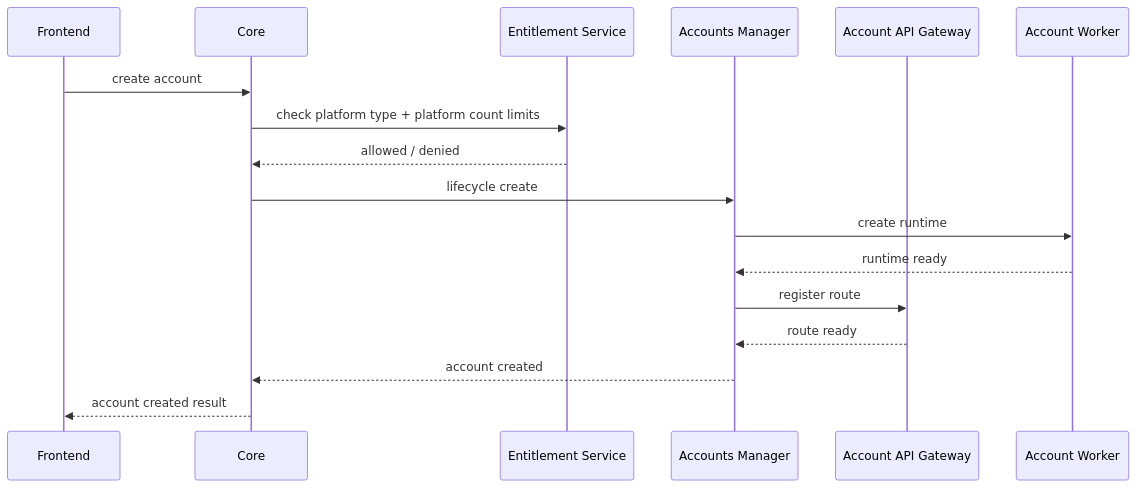
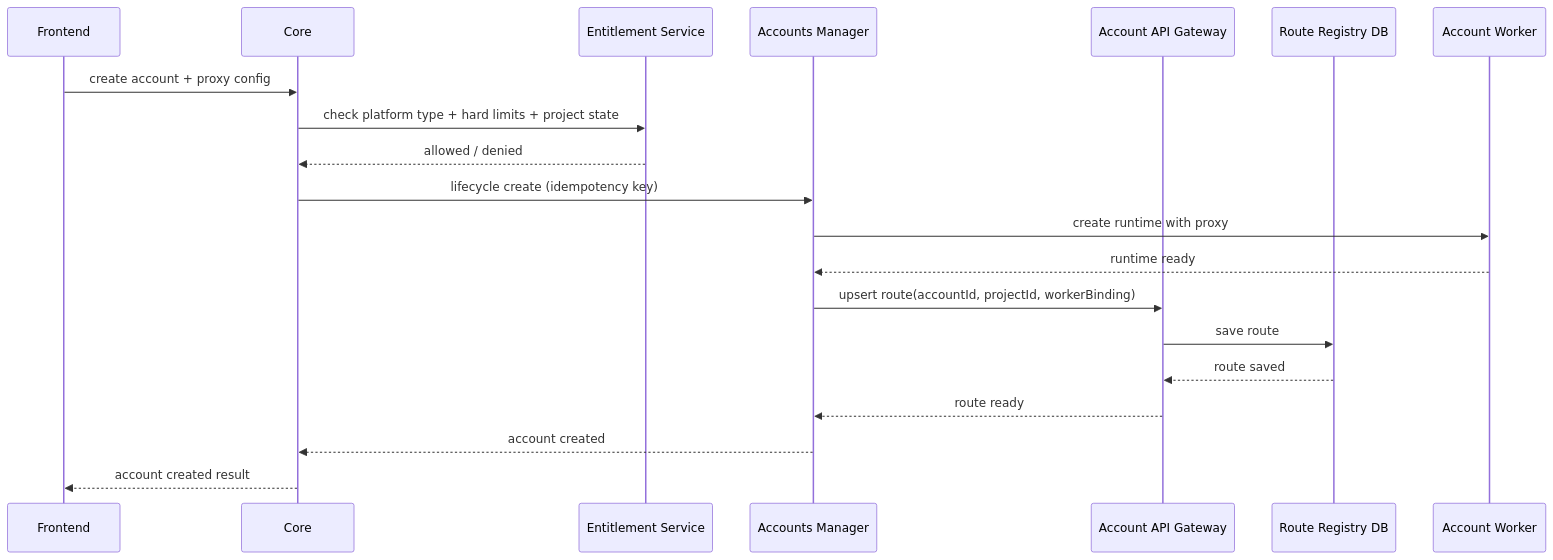
One commit to yakoodev/DigitalDealsCRM changed the first of 8 diagrams in docs/architecture_draft/09-data-flows.md. Above: the diagram before and after it, drawn with Mermaid. The commit also changed other lines of this file and 34 other files, not shown here.

Commit message:
docs: consolidate architecture package and add OpenAPI governance

````diff
--- a/docs/architecture_draft/09-data-flows.md
+++ b/docs/architecture_draft/09-data-flows.md
@@ -5,20 +5,23 @@
 ```mermaid
 sequenceDiagram
     participant FE as Frontend
     participant CORE as Core
     participant ENT as Entitlement Service
     participant AM as Accounts Manager
     participant GATE as Account API Gateway
+    participant RDB as Route Registry DB
     participant W as Account Worker
 
-    FE->>CORE: create account
-    CORE->>ENT: check platform type + platform count limits
+    FE->>CORE: create account + proxy config
+    CORE->>ENT: check platform type + hard limits + project state
     ENT-->>CORE: allowed / denied
-    CORE->>AM: lifecycle create
-    AM->>W: create runtime
+    CORE->>AM: lifecycle create (idempotency key)
+    AM->>W: create runtime with proxy
     W-->>AM: runtime ready
-    AM->>GATE: register route
+    AM->>GATE: upsert route(accountId, projectId, workerBinding)
+    GATE->>RDB: save route
+    RDB-->>GATE: route saved
     GATE-->>AM: route ready
     AM-->>CORE: account created
     CORE-->>FE: account created result
 ```
````
